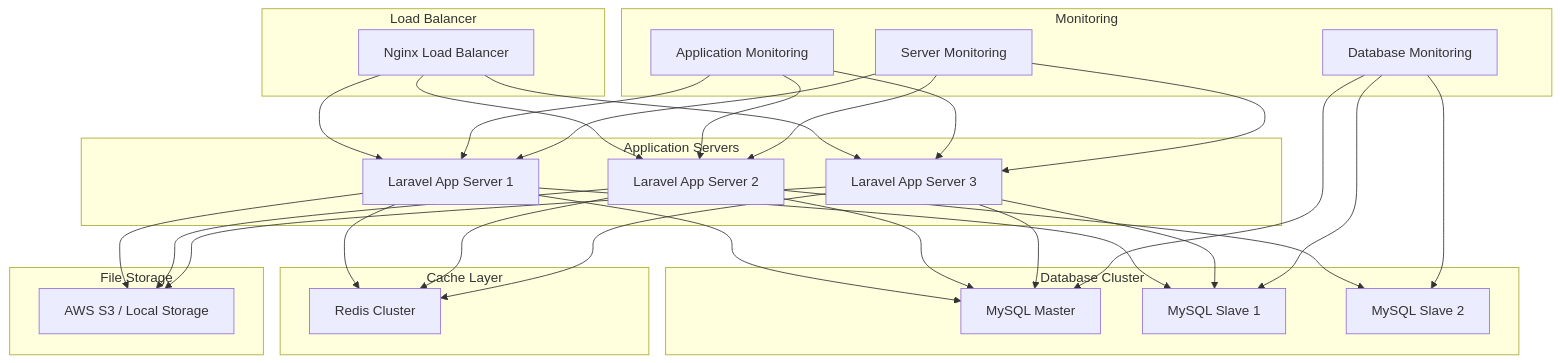
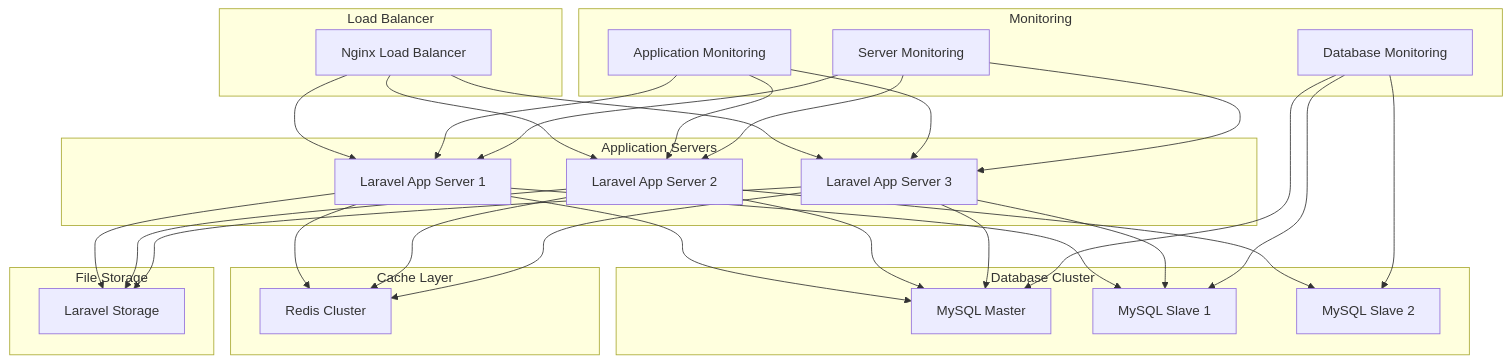
The seventh of 7 diagrams in backend/phase-7/multicabang-architecture-diagram.md (BlackCoffeee/raujan_pool), drawn with Mermaid before and after one commit. The commit also changed 7 other files, not shown here.

````diff
--- a/backend/phase-7/multicabang-architecture-diagram.md
+++ b/backend/phase-7/multicabang-architecture-diagram.md
@@ -345,62 +345,62 @@
 ```mermaid
 graph TB
     subgraph "Load Balancer"
         A[Nginx Load Balancer]
     end
 
     subgraph "Application Servers"
         B[Laravel App Server 1]
         C[Laravel App Server 2]
         D[Laravel App Server 3]
     end
 
     subgraph "Database Cluster"
         E[MySQL Master]
         F[MySQL Slave 1]
         G[MySQL Slave 2]
     end
 
     subgraph "Cache Layer"
         H[Redis Cluster]
     end
 
     subgraph "File Storage"
-        I[AWS S3 / Local Storage]
+        I[Laravel Storage]
     end
 
     subgraph "Monitoring"
         J[Application Monitoring]
         K[Database Monitoring]
         L[Server Monitoring]
     end
 
     A --> B
     A --> C
     A --> D
 
     B --> E
     C --> E
     D --> E
 
     B --> F
     C --> G
     D --> F
 
     B --> H
     C --> H
     D --> H
 
     B --> I
     C --> I
     D --> I
 
     J --> B
     J --> C
     J --> D
     K --> E
     K --> F
     K --> G
     L --> B
     L --> C
     L --> D
 ```
````
